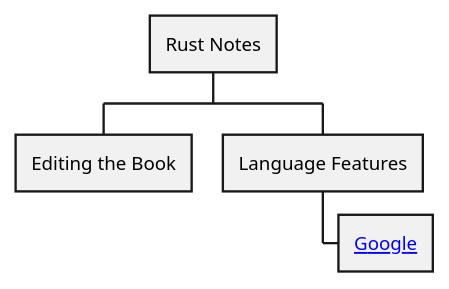
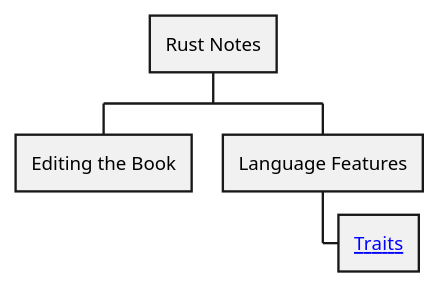
Before and after one commit to joemooney/rust-notes: the fifth of 7 diagrams in md/edit_book.md, drawn with PlantUML. The commit also changed other lines of this file and 15 other files, not shown here.

Commit message:
plantuml updates

````diff
--- a/md/edit_book.md
+++ b/md/edit_book.md
@@ -72,8 +108,8 @@
 ```plantuml
 @startwbs
 * Rust Notes
 ** Editing the Book
 ** Language Features
-*** [[http://google.com Google]]
+*** [[../language_features/traits.html Traits]]
 @endwbs
 ```
````
